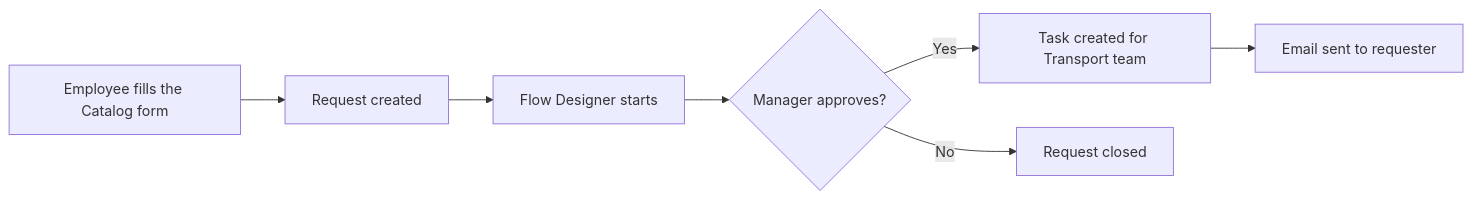
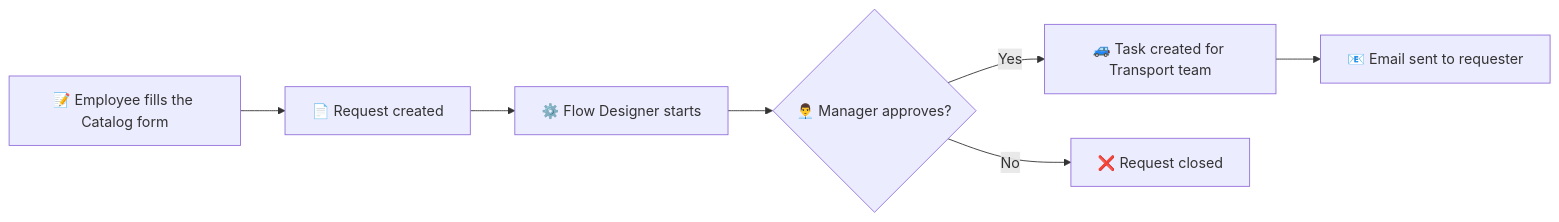
Before and after one commit to suresh-88/Car-Rental-Request-Automation-in-ServiceNow: the diagram in README.md, drawn with Mermaid. The commit also changed other lines of this file, not shown here.

````diff
--- a/README.md
+++ b/README.md
@@ -32,9 +31,9 @@
 ```mermaid
 flowchart LR
-    A[Employee fills the Catalog form] --> B[Request created]
-    B --> C[Flow Designer starts]
-    C --> D{Manager approves?}
-    D -- Yes --> E[Task created for Transport team]
-    E --> F[Email sent to requester]
-    D -- No --> G[Request closed]
+    A[📝 Employee fills the Catalog form] --> B[📄 Request created]
+    B --> C[⚙️ Flow Designer starts]
+    C --> D{👨‍💼 Manager approves?}
+    D -- Yes --> E[🚙 Task created for Transport team]
+    E --> F[📧 Email sent to requester]
+    D -- No --> G[❌ Request closed]
 ```
````
